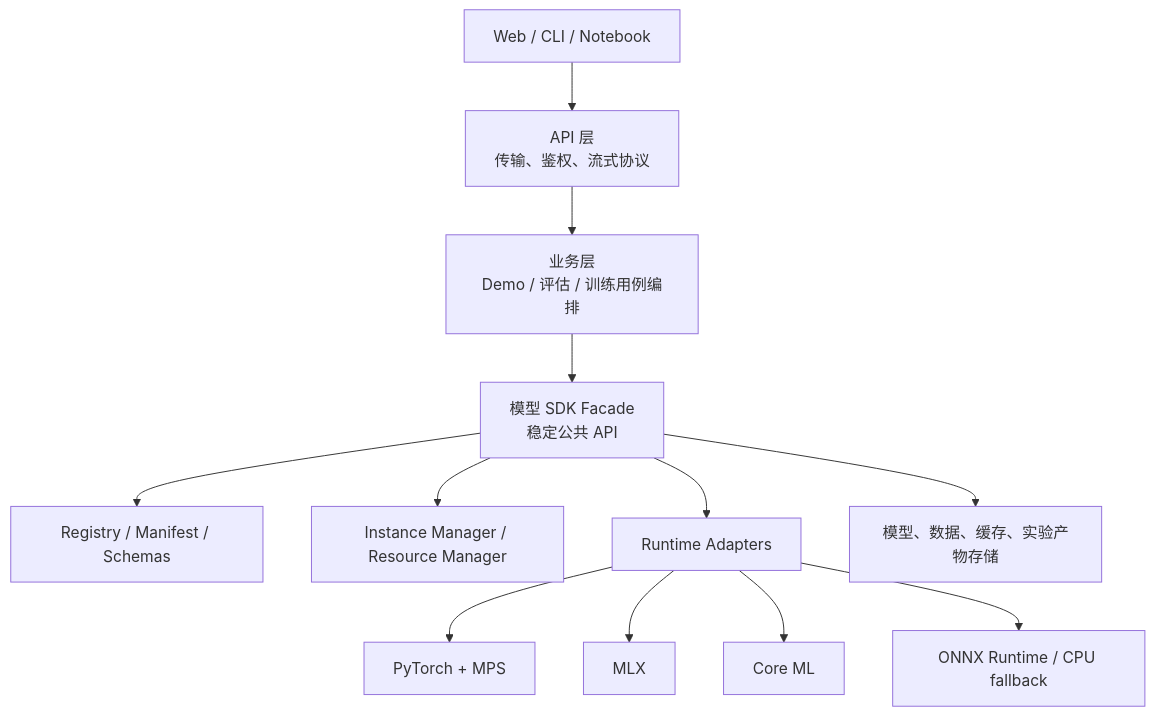
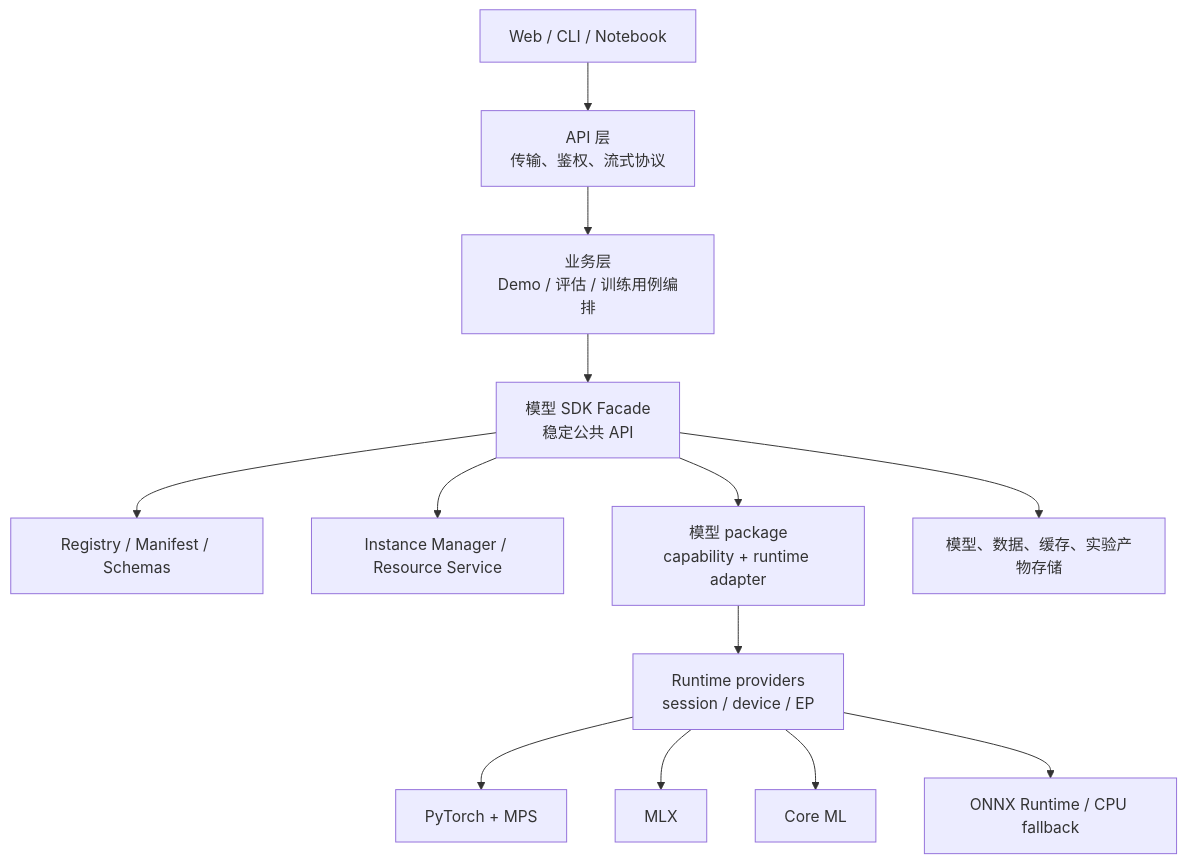
The diagram in doc/01-architecture.md (devilyouwei/hugging-mac), drawn with Mermaid before and after one commit. The commit also changed other lines of this file and 103 other files, not shown here.

````diff
--- a/doc/01-architecture.md
+++ b/doc/01-architecture.md
@@ -7,25 +7,27 @@
 ```mermaid
 flowchart TB
     Clients["Web / CLI / Notebook"]
     API["API 层<br/>传输、鉴权、流式协议"]
     Business["业务层<br/>Demo / 评估 / 训练用例编排"]
     SDK["模型 SDK Facade<br/>稳定公共 API"]
     Registry["Registry / Manifest / Schemas"]
-    Managers["Instance Manager / Resource Manager"]
-    Adapters["Runtime Adapters"]
+    Managers["Instance Manager / Resource Service"]
+    Adapters["模型 package<br/>capability + runtime adapter"]
+    Providers["Runtime providers<br/>session / device / EP"]
     MPS["PyTorch + MPS"]
     MLX["MLX"]
     CoreML["Core ML"]
     Fallback["ONNX Runtime / CPU fallback"]
     Storage["模型、数据、缓存、实验产物存储"]
 
     Clients --> API --> Business --> SDK
     SDK --> Registry
     SDK --> Managers
     SDK --> Adapters
-    Adapters --> MPS
-    Adapters --> MLX
-    Adapters --> CoreML
-    Adapters --> Fallback
+    Adapters --> Providers
+    Providers --> MPS
+    Providers --> MLX
+    Providers --> CoreML
+    Providers --> Fallback
     SDK --> Storage
 ```
````
